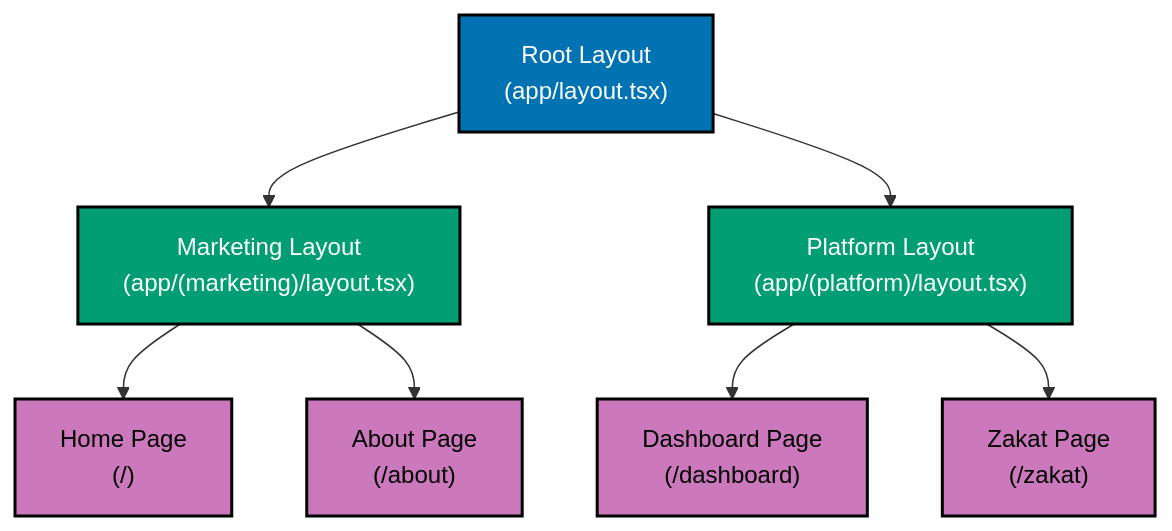
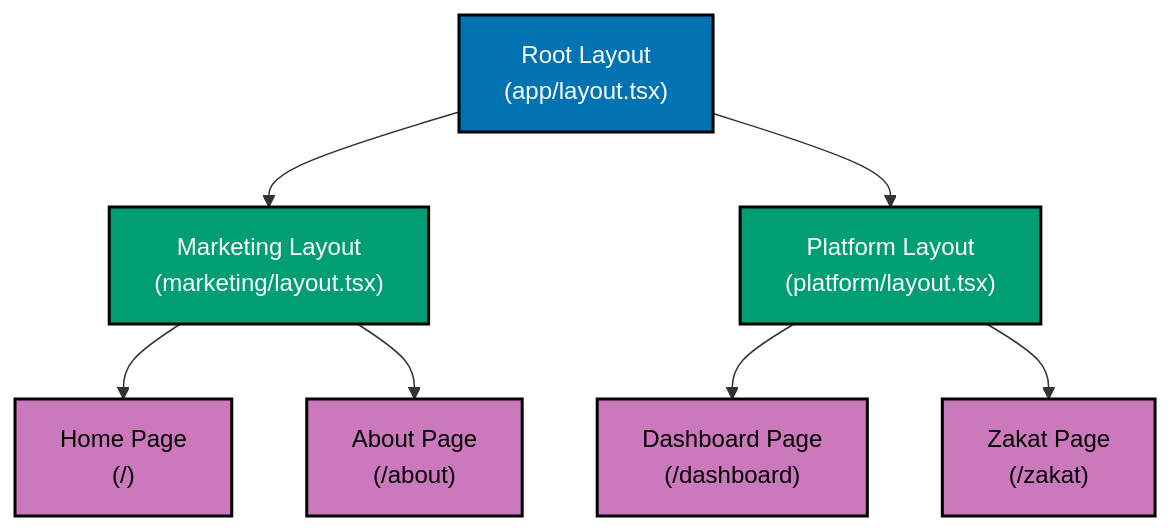
Before and after one commit to wahidyankf/open-sharia-enterprise: the first of 2 diagrams in docs/explanation/software-engineering/platform-web/tools/fe-nextjs/app-router.md, drawn with Mermaid. The commit also changed 22 other files, not shown here.

First line of the commit message:
fix(docs): fix mermaid violations in platform-web docs

````diff
--- a/docs/explanation/software-engineering/platform-web/tools/fe-nextjs/app-router.md
+++ b/docs/explanation/software-engineering/platform-web/tools/fe-nextjs/app-router.md
@@ -461,24 +461,24 @@
 ```mermaid
 %% Color Palette: Blue #0173B2, Orange #DE8F05, Teal #029E73, Purple #CC78BC
 %% All colors are color-blind friendly and meet WCAG AA contrast standards
 
 graph TD
     A["Root Layout<br/>#40;app/layout.tsx#41;"]:::blue
-    B["Marketing Layout<br/>#40;app/#40;marketing#41;/layout.tsx#41;"]:::teal
-    C["Platform Layout<br/>#40;app/#40;platform#41;/layout.tsx#41;"]:::teal
+    B["Marketing Layout<br/>#40;marketing/layout.tsx#41;"]:::teal
+    C["Platform Layout<br/>#40;platform/layout.tsx#41;"]:::teal
     D["Home Page<br/>#40;/#41;"]:::purple
     E["About Page<br/>#40;/about#41;"]:::purple
     F["Dashboard Page<br/>#40;/dashboard#41;"]:::purple
     G["Zakat Page<br/>#40;/zakat#41;"]:::purple
 
     A --> B
     A --> C
     B --> D
     B --> E
     C --> F
     C --> G
 
     classDef blue fill:#0173B2,stroke:#000000,color:#FFFFFF,stroke-width:2px
     classDef teal fill:#029E73,stroke:#000000,color:#FFFFFF,stroke-width:2px
     classDef purple fill:#CC78BC,stroke:#000000,color:#000000,stroke-width:2px
 ```
````
